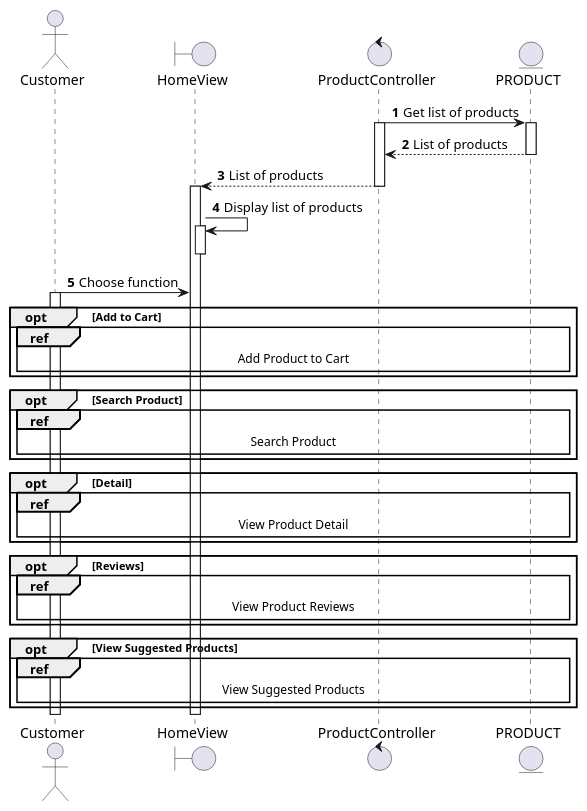
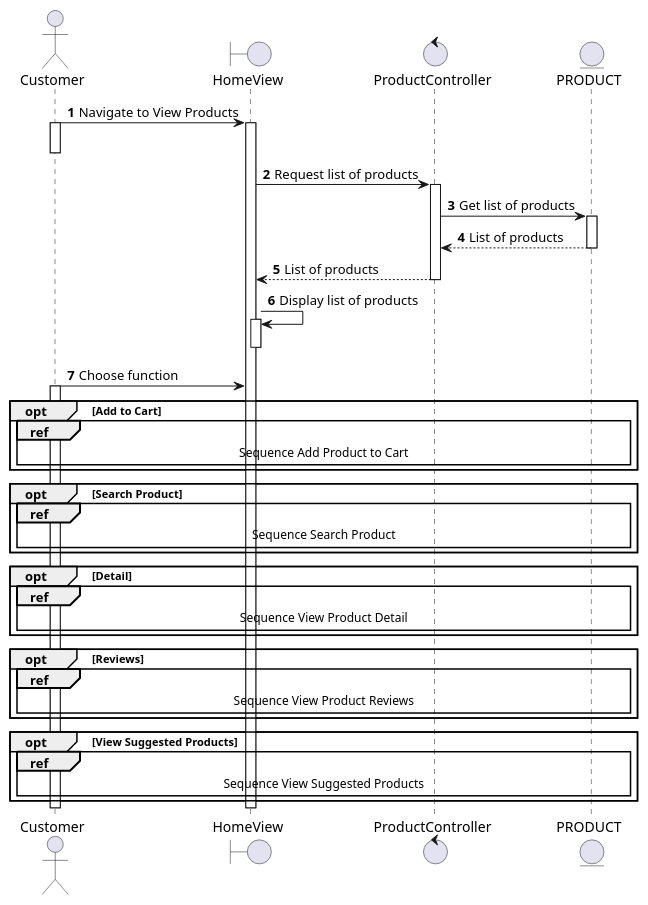
One commit to electricilies/electricilies.github.io changed the diagram in docs/software-docs/sequence/view-product/view-product.md. Above: the diagram before and after it, drawn with PlantUML. The commit also changed 16 other files, not shown here.

Commit message:
refactor: sequence diagrams start from user side, and some minor

````diff
--- a/docs/software-docs/sequence/view-product/view-product.md
+++ b/docs/software-docs/sequence/view-product/view-product.md
@@ -3,49 +3,53 @@
 ```plantuml
 @startuml
 autonumber
 
 actor Customer as C
 boundary HomeView as HV
 control ProductController as PC
 entity PRODUCT as P
 
+C -> HV: Navigate to View Products
+activate C
+activate HV
+deactivate C
+HV -> PC: Request list of products
+activate PC
 PC -> P: Get list of products
-activate PC
 activate P
 PC <-- P: List of products
 deactivate P
 HV <-- PC: List of products
 deactivate PC
-activate HV
 HV -> HV: Display list of products
 activate HV
 deactivate HV
 
 C -> HV: Choose function
 activate C
 
 opt Add to Cart
-  ref over C, P: Add Product to Cart
+  ref over C, P: Sequence Add Product to Cart
 end
 
 opt Search Product
-  ref over C, P: Search Product
+  ref over C, P: Sequence Search Product
 end
 
 opt Detail
-  ref over C, P: View Product Detail
+  ref over C, P: Sequence View Product Detail
 end
 
 opt Reviews
-  ref over C, P: View Product Reviews
+  ref over C, P: Sequence View Product Reviews
 end
 
 opt View Suggested Products
-  ref over C, P: View Suggested Products
+  ref over C, P: Sequence View Suggested Products
 end
 
 deactivate HV
 deactivate C
 
 @enduml
 ```
````
